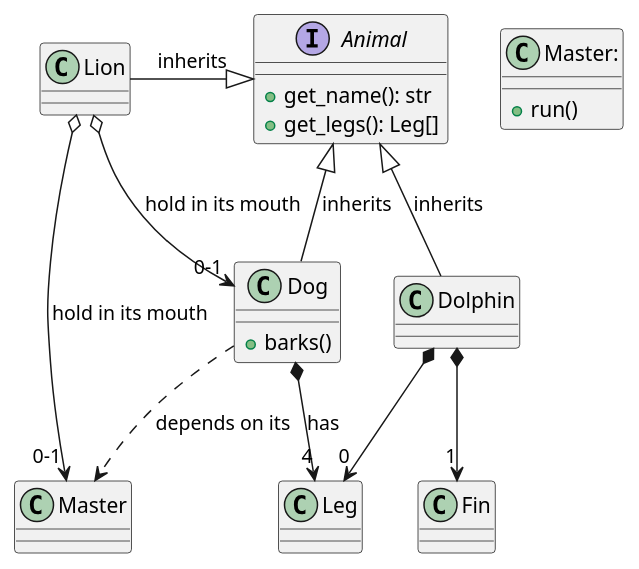
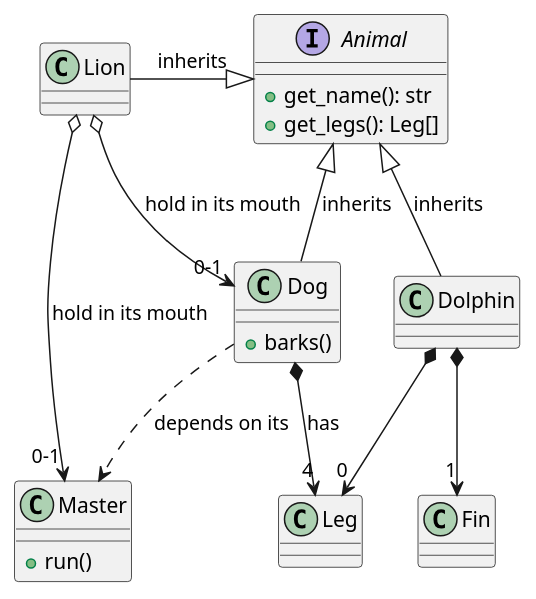
Before and after one commit to jraygauthier/jrg-slides-plantuml: the third of 8 diagrams in slides-05-types-uml.fr.md, drawn with PlantUML. The commit also changed other lines of this file and 9 other files, not shown here.

First line of the commit message:
Fix some errors and replace timing diagram

````diff
--- a/slides-05-types-uml.fr.md
+++ b/slides-05-types-uml.fr.md
@@ -57,29 +57,29 @@
 ```{.plantuml .column-split}
 @startuml
 interface Animal {
     +get_name(): str
     +get_legs(): Leg[]
 }
 
 class Leg
 class Fin
 class Dog {
     +barks()
 }
-class Master: {
+class Master {
     +run()
 }
 
 Animal <|-- Dog: inherits
 Animal <|-- Dolphin: inherits
 Lion -|> Animal: inherits
 
 Lion o--> "0-1" Dog: hold in its mouth
 Lion o--> "0-1" Master: hold in its mouth
 Dog *--> "4" Leg: has
 Dolphin *--> "0" Leg
 Dolphin *--> "1" Fin
 
 Dog ..> Master: depends on its
 @enduml
 ```
````
